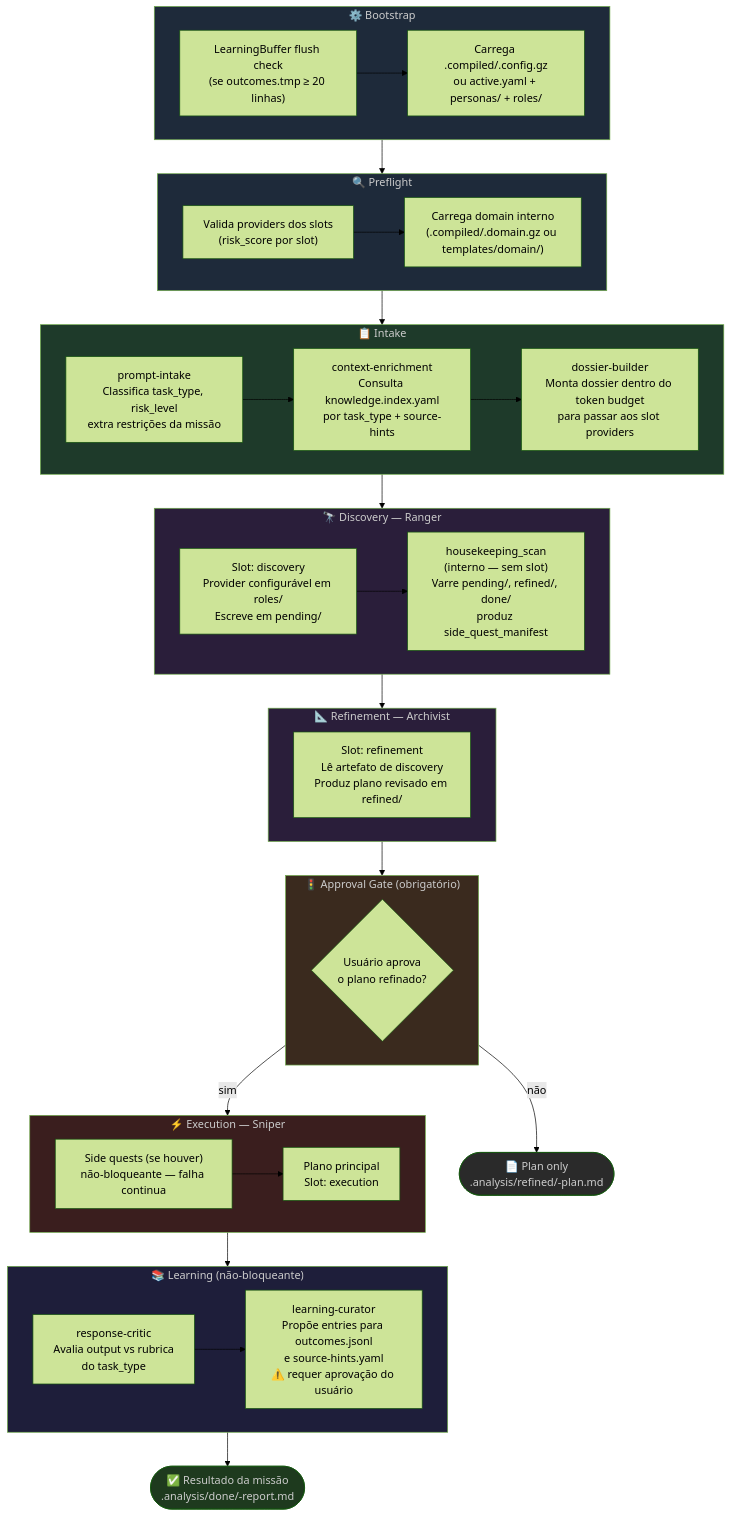
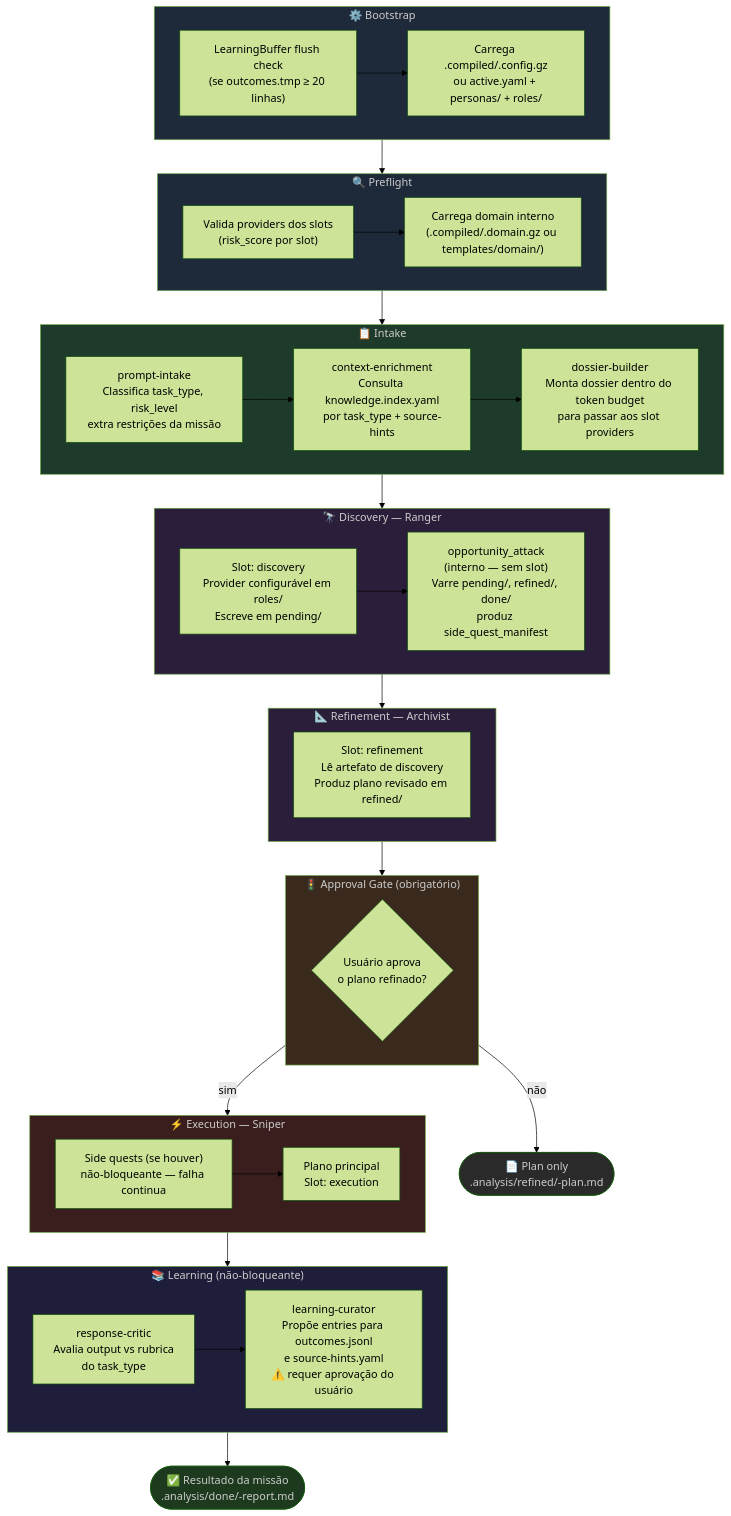
The fourth of 4 diagrams in docs/c4-diagrams.md (SergioLacerda/strategist-skill), drawn with Mermaid (forest theme) before and after one commit. The commit also changed other lines of this file and 45 other files, not shown here.

````diff
--- a/docs/c4-diagrams.md
+++ b/docs/c4-diagrams.md
@@ -100,65 +100,65 @@
 ```mermaid
 flowchart TD
     subgraph bootstrap["⚙️ Bootstrap"]
         B1["LearningBuffer flush check\n(se outcomes.tmp ≥ 20 linhas)"]
         B2["Carrega .compiled/.config.gz\nou active.yaml + personas/ + roles/"]
         B1 --> B2
     end
 
     subgraph preflight["🔍 Preflight"]
         P1["Valida providers dos slots\n(risk_score por slot)"]
         P2["Carrega domain interno\n(.compiled/.domain.gz ou templates/domain/)"]
         P1 --> P2
     end
 
     subgraph intake["📋 Intake"]
         I1["prompt-intake\nClassifica task_type, risk_level\nextra restrições da missão"]
         I2["context-enrichment\nConsulta knowledge.index.yaml\npor task_type + source-hints"]
         I3["dossier-builder\nMonta dossier dentro do token budget\npara passar aos slot providers"]
         I1 --> I2 --> I3
     end
 
     subgraph discovery["🔭 Discovery — Ranger"]
         D1["Slot: discovery\nProvider configurável em roles/\nEscreve em pending/"]
-        D2["housekeeping_scan\n(interno — sem slot)\nVarre pending/, refined/, done/\nproduz side_quest_manifest"]
+        D2["opportunity_attack\n(interno — sem slot)\nVarre pending/, refined/, done/\nproduz side_quest_manifest"]
         D1 --> D2
     end
 
     subgraph refinement["📐 Refinement — Archivist"]
         R1["Slot: refinement\nLê artefato de discovery\nProduz plano revisado em refined/"]
     end
 
     subgraph gate["🚦 Approval Gate (obrigatório)"]
         AG{"Usuário aprova\no plano refinado?"}
     end
 
     subgraph execution["⚡ Execution — Sniper"]
         E1["Side quests (se houver)\nnão-bloqueante — falha continua"]
         E2["Plano principal\nSlot: execution"]
         E1 --> E2
     end
 
     subgraph learning["📚 Learning (não-bloqueante)"]
         L1["response-critic\nAvalia output vs rubrica\ndo task_type"]
         L2["learning-curator\nPropõe entries para outcomes.jsonl\ne source-hints.yaml\n⚠️ requer aprovação do usuário"]
         L1 --> L2
     end
 
     RESULT(["✅ Resultado da missão\n.analysis/done/<id>-report.md"])
     PLAN_ONLY(["📄 Plan only\n.analysis/refined/<id>-plan.md"])
 
     bootstrap --> preflight --> intake --> discovery --> refinement --> gate
     gate -- "sim" --> execution --> learning --> RESULT
     gate -- "não" --> PLAN_ONLY
 
     style bootstrap fill:#1e2a3a,color:#ccc
     style preflight fill:#1e2a3a,color:#ccc
     style intake fill:#1e3a2a,color:#ccc
     style discovery fill:#2a1e3a,color:#ccc
     style refinement fill:#2a1e3a,color:#ccc
     style gate fill:#3a2a1e,color:#ccc
     style execution fill:#3a1e1e,color:#ccc
     style learning fill:#1e1e3a,color:#ccc
     style RESULT fill:#1e3a1e,color:#ccc
     style PLAN_ONLY fill:#2a2a2a,color:#ccc
 ```
````
